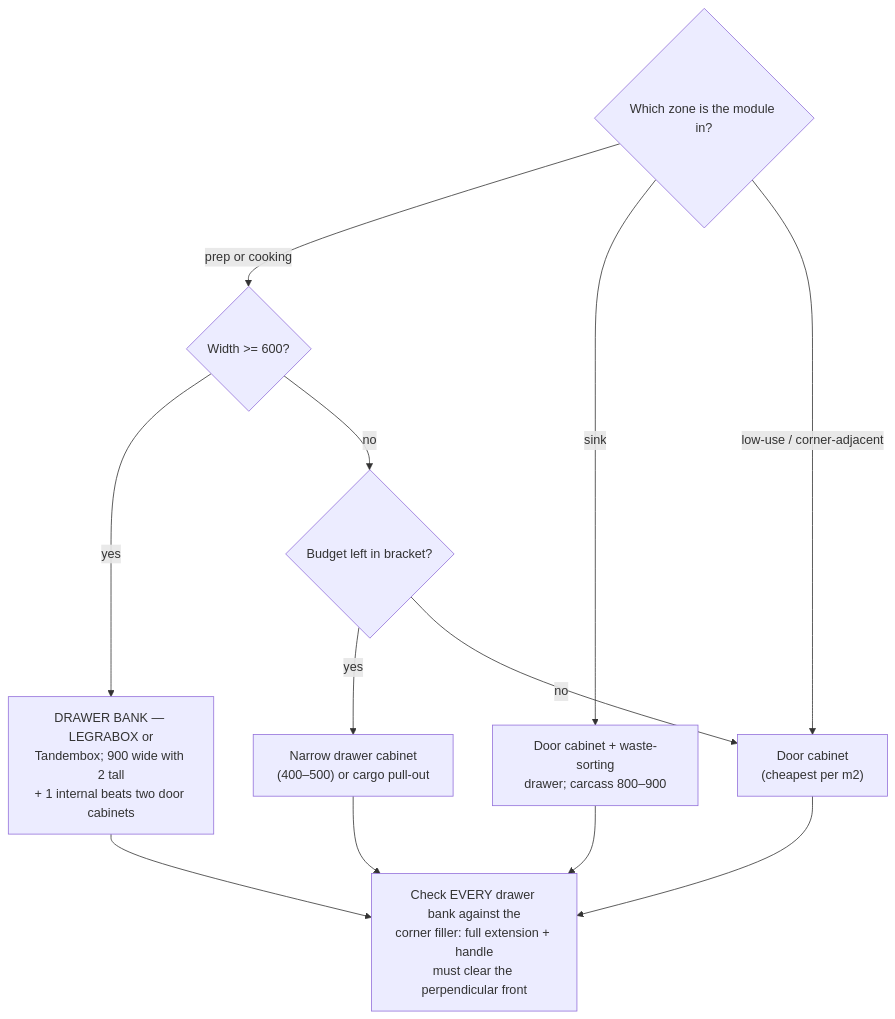
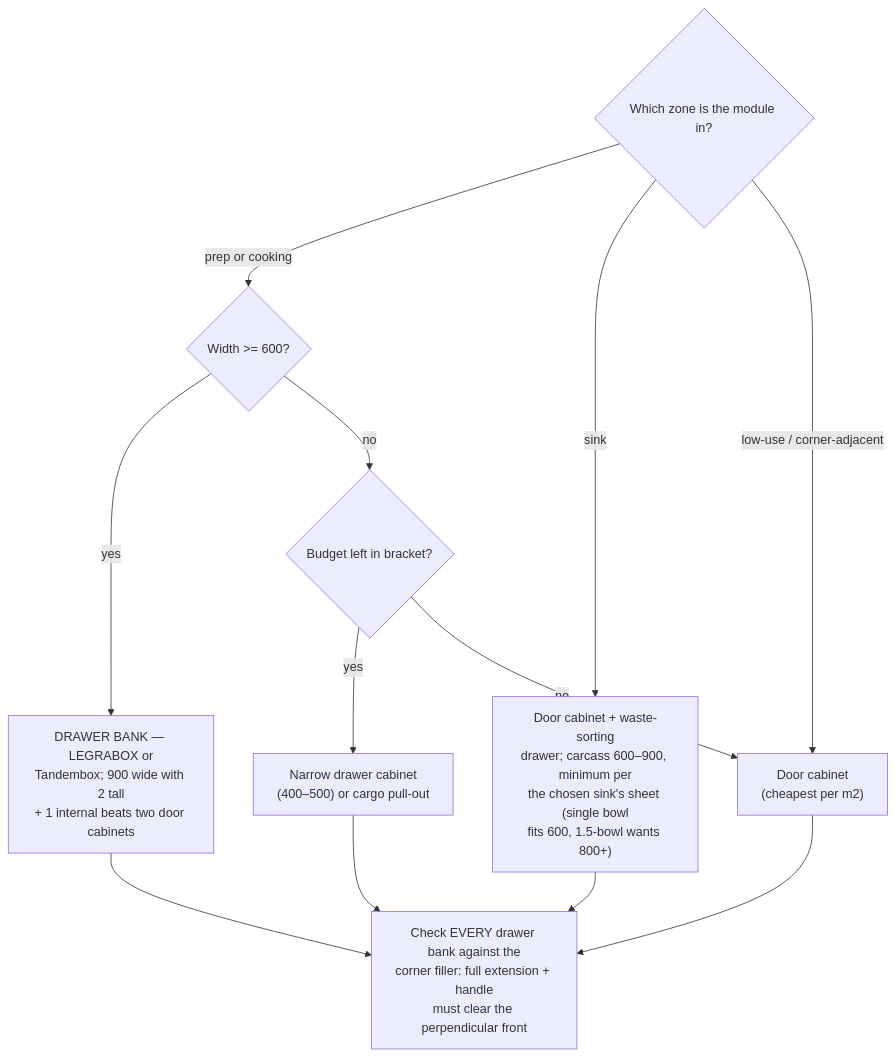
Before and after one commit to m1981/kuchnie: the fourth of 5 diagrams in docs/l-kitchen-design-playbook.md, drawn with Mermaid. The commit also changed other lines of this file and 2 other files, not shown here.

````diff
--- a/docs/l-kitchen-design-playbook.md
+++ b/docs/l-kitchen-design-playbook.md
@@ -128,18 +126,18 @@
 ```mermaid
 flowchart TD
     M{"Which zone is the module in?"}
     M -->|prep or cooking| W{"Width >= 600?"}
-    M -->|sink| SD["Door cabinet + waste-sorting<br/>drawer; carcass 800–900"]
+    M -->|sink| SD["Door cabinet + waste-sorting<br/>drawer; carcass 600–900, minimum per<br/>the chosen sink's sheet (single bowl<br/>fits 600, 1.5-bowl wants 800+)"]
     M -->|low-use / corner-adjacent| DOOR["Door cabinet<br/>(cheapest per m2)"]
 
     W -->|yes| DR["DRAWER BANK — LEGRABOX or<br/>Tandembox; 900 wide with 2 tall<br/>+ 1 internal beats two door cabinets"]
     W -->|no| B2{"Budget left in bracket?"}
     B2 -->|yes| DR2["Narrow drawer cabinet<br/>(400–500) or cargo pull-out"]
     B2 -->|no| DOOR
 
     DR --> CHK
     DR2 --> CHK
     SD --> CHK
     DOOR --> CHK
     CHK["Check EVERY drawer bank against the<br/>corner filler: full extension + handle<br/>must clear the perpendicular front"]
 ```
````
